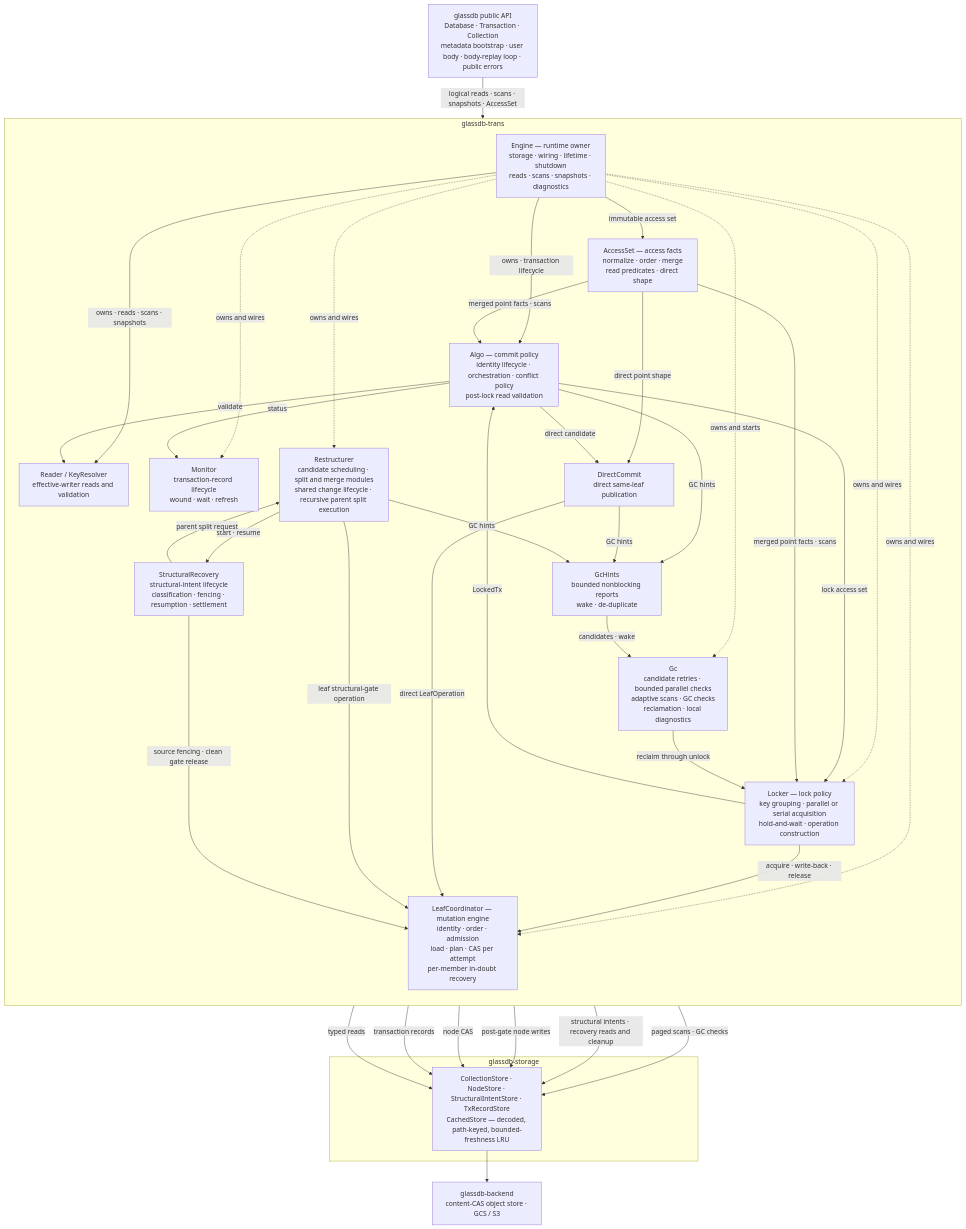
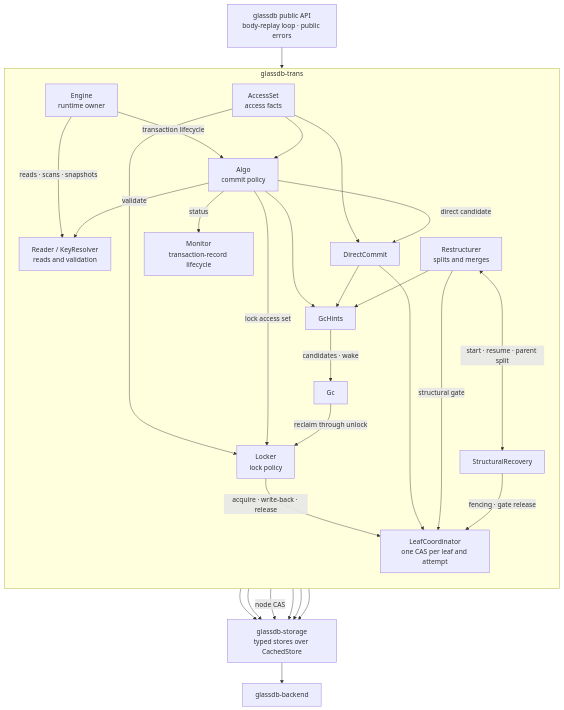
Before and after one commit to mbrt/glassdb-rs: the first of 3 diagrams in docs/architecture.md, drawn with Mermaid. The commit also changed other lines of this file and 2 other files, not shown here.

Commit message:
docs: Overhaul architecture.md

````diff
--- a/docs/architecture.md
+++ b/docs/architecture.md
@@ -175,63 +100,52 @@
 ```mermaid
 flowchart TD
-  API["glassdb public API<br/>Database · Transaction · Collection<br/>metadata bootstrap · user body · body-replay loop · public errors"]
+  API["glassdb public API<br/>body-replay loop · public errors"]
 
   subgraph TRANS["glassdb-trans"]
     direction TB
-    Engine["Engine — runtime owner<br/>storage · wiring · lifetime · shutdown<br/>reads · scans · snapshots · diagnostics"]
-    Accesses["AccessSet — access facts<br/>normalize · order · merge<br/>read predicates · direct shape"]
-    Algo["Algo — commit policy<br/>identity lifecycle · orchestration · conflict policy<br/>post-lock read validation"]
-    Reader["Reader / KeyResolver<br/>effective-writer reads and validation"]
-    Locker["Locker — lock policy<br/>key grouping · parallel or serial acquisition<br/>hold-and-wait · operation construction"]
-    Direct["DirectCommit<br/>direct same-leaf publication"]
-    Monitor["Monitor<br/>transaction-record lifecycle<br/>wound · wait · refresh"]
-    Hints["GcHints<br/>bounded nonblocking reports<br/>wake · de-duplicate"]
-    Restructurer["Restructurer<br/>candidate scheduling · split and merge modules<br/>shared change lifecycle · recursive parent split execution"]
-    Recovery["StructuralRecovery<br/>structural-intent lifecycle<br/>classification · fencing · resumption · settlement"]
-    Coord["LeafCoordinator — mutation engine<br/>identity · order · admission<br/>load · plan · CAS per attempt<br/>per-member in-doubt recovery"]
-    Gc["Gc<br/>candidate retries · bounded parallel checks<br/>adaptive scans · GC checks<br/>reclamation · local diagnostics"]
+    Engine["Engine<br/>runtime owner"]
+    Accesses["AccessSet<br/>access facts"]
+    Algo["Algo<br/>commit policy"]
+    Reader["Reader / KeyResolver<br/>reads and validation"]
+    Locker["Locker<br/>lock policy"]
+    Direct["DirectCommit"]
+    Monitor["Monitor<br/>transaction-record lifecycle"]
+    Hints["GcHints"]
+    Restructurer["Restructurer<br/>splits and merges"]
+    Recovery["StructuralRecovery"]
+    Coord["LeafCoordinator<br/>one CAS per leaf and attempt"]
+    Gc["Gc"]
 
-    Engine -->|"owns · transaction lifecycle"| Algo
-    Engine -->|"immutable access set"| Accesses
-    Engine -->|"owns · reads · scans · snapshots"| Reader
-    Engine -.->|"owns and wires"| Locker
-    Engine -.->|"owns and wires"| Monitor
-    Engine -.->|"owns and wires"| Restructurer
-    Engine -.->|"owns and wires"| Coord
-    Engine -.->|"owns and starts"| Gc
+    Engine -->|"transaction lifecycle"| Algo
+    Engine -->|"reads · scans · snapshots"| Reader
+    Accesses --> Algo
+    Accesses --> Locker
+    Accesses --> Direct
     Algo -->|"validate"| Reader
     Algo -->|"lock access set"| Locker
-    Locker -->|"LockedTx"| Algo
     Algo -->|"status"| Monitor
-    Accesses -->|"merged point facts · scans"| Algo
-    Accesses -->|"merged point facts · scans"| Locker
-    Accesses -->|"direct point shape"| Direct
     Algo -->|"direct candidate"| Direct
-    Algo -->|"GC hints"| Hints
-    Direct -->|"GC hints"| Hints
-    Restructurer -->|"GC hints"| Hints
-    Restructurer -->|"start · resume"| Recovery
-    Recovery -->|"parent split request"| Restructurer
+    Algo --> Hints
+    Direct --> Hints
+    Restructurer --> Hints
     Hints -->|"candidates · wake"| Gc
+    Restructurer <-->|"start · resume · parent split"| Recovery
     Locker -->|"acquire · write-back · release"| Coord
-    Direct -->|"direct LeafOperation"| Coord
-    Restructurer -->|"leaf structural-gate operation"| Coord
-    Recovery -->|"source fencing · clean gate release"| Coord
+    Direct --> Coord
+    Restructurer -->|"structural gate"| Coord
+    Recovery -->|"fencing · gate release"| Coord
     Gc -->|"reclaim through unlock"| Locker
   end
 
-  subgraph STORAGE["glassdb-storage"]
-    Stores["CollectionStore · NodeStore · StructuralIntentStore · TxRecordStore<br/>CachedStore — decoded, path-keyed, bounded-freshness LRU"]
-  end
+  Stores["glassdb-storage<br/>typed stores over CachedStore"]
+  Backend["glassdb-backend"]
 
-  Backend["glassdb-backend<br/>content-CAS object store · GCS / S3"]
-
-  API -->|"logical reads · scans · snapshots · AccessSet"| Engine
-  Reader -->|"typed reads"| Stores
-  Monitor -->|"transaction records"| Stores
+  API --> Engine
+  Reader --> Stores
+  Monitor --> Stores
   Coord -->|"node CAS"| Stores
-  Restructurer -->|"post-gate node writes"| Stores
-  Recovery -->|"structural intents · recovery reads and cleanup"| Stores
-  Gc -->|"paged scans · GC checks"| Stores
+  Restructurer --> Stores
+  Recovery --> Stores
+  Gc --> Stores
   Stores --> Backend
 ```
````
